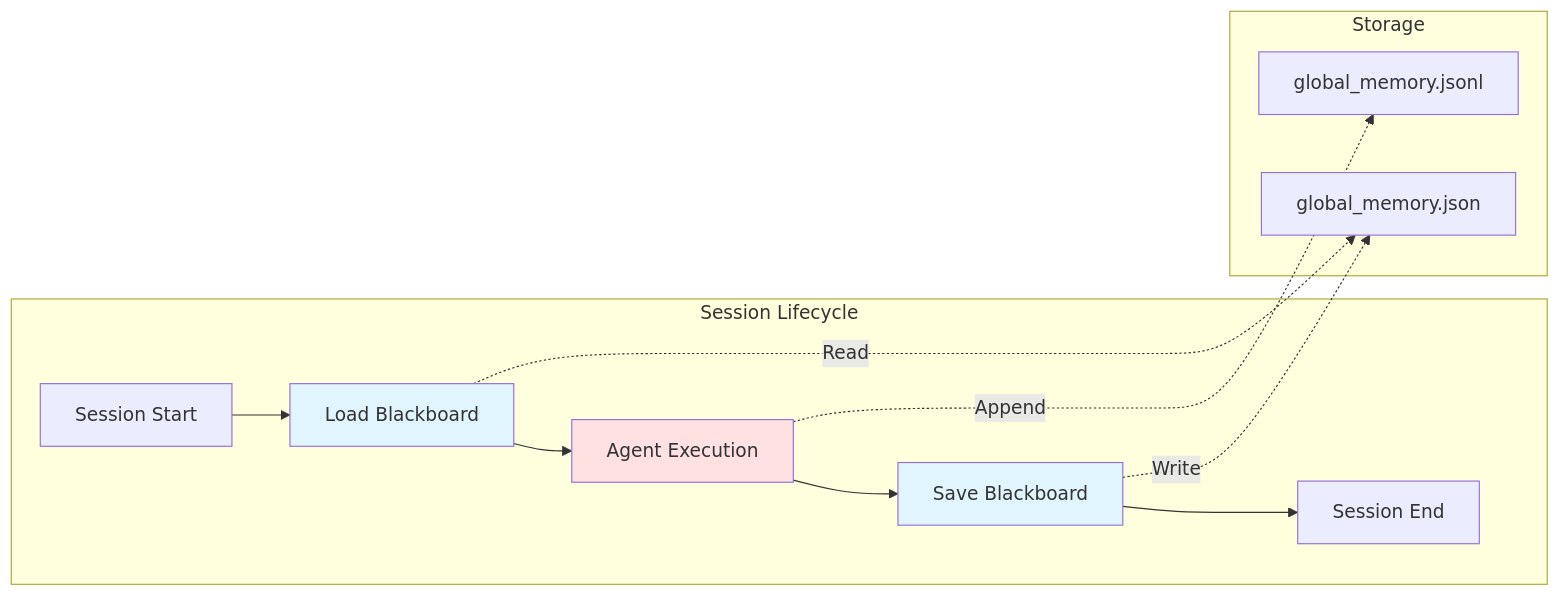
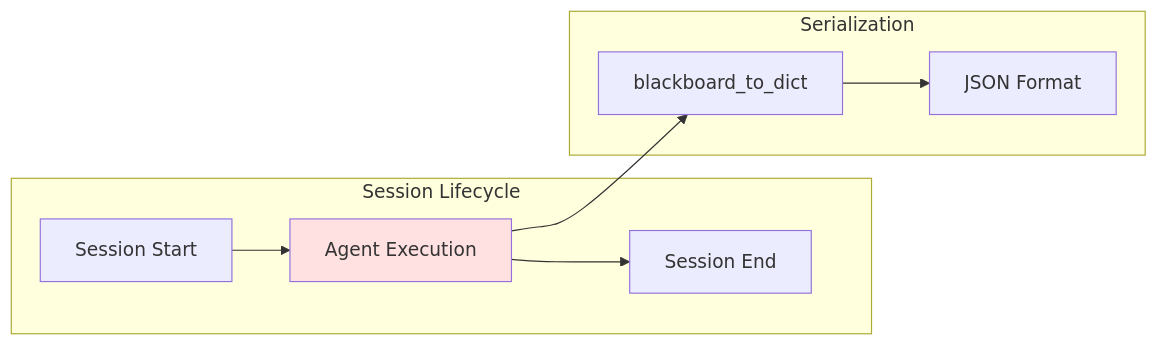
Before and after one commit to microsoft/UFO: the fifth of 6 diagrams in documents/docs/infrastructure/agents/design/memory.md, drawn with Mermaid. The commit also changed other lines of this file and 6 other files, not shown here.

````diff
--- a/documents/docs/infrastructure/agents/design/memory.md
+++ b/documents/docs/infrastructure/agents/design/memory.md
@@ -381,28 +338,21 @@
 ```mermaid
 graph LR
     subgraph "Session Lifecycle"
         Start[Session Start]
-        Load[Load Blackboard]
         Execute[Agent Execution]
-        Save[Save Blackboard]
         End[Session End]
         
-        Start --> Load
-        Load --> Execute
-        Execute --> Save
-        Save --> End
+        Start --> Execute
+        Execute --> End
     end
     
-    subgraph "Storage"
-        FileJSON[global_memory.json]
-        FileJSONL[global_memory.jsonl]
+    subgraph "Serialization"
+        Dict[blackboard_to_dict]
+        JSON[JSON Format]
     end
     
-    Load -.Read.-> FileJSON
-    Save -.Write.-> FileJSON
-    Execute -.Append.-> FileJSONL
+    Execute --> Dict
+    Dict --> JSON
     
-    style Load fill:#e1f5ff
-    style Save fill:#e1f5ff
     style Execute fill:#ffe1e1
 ```
````
